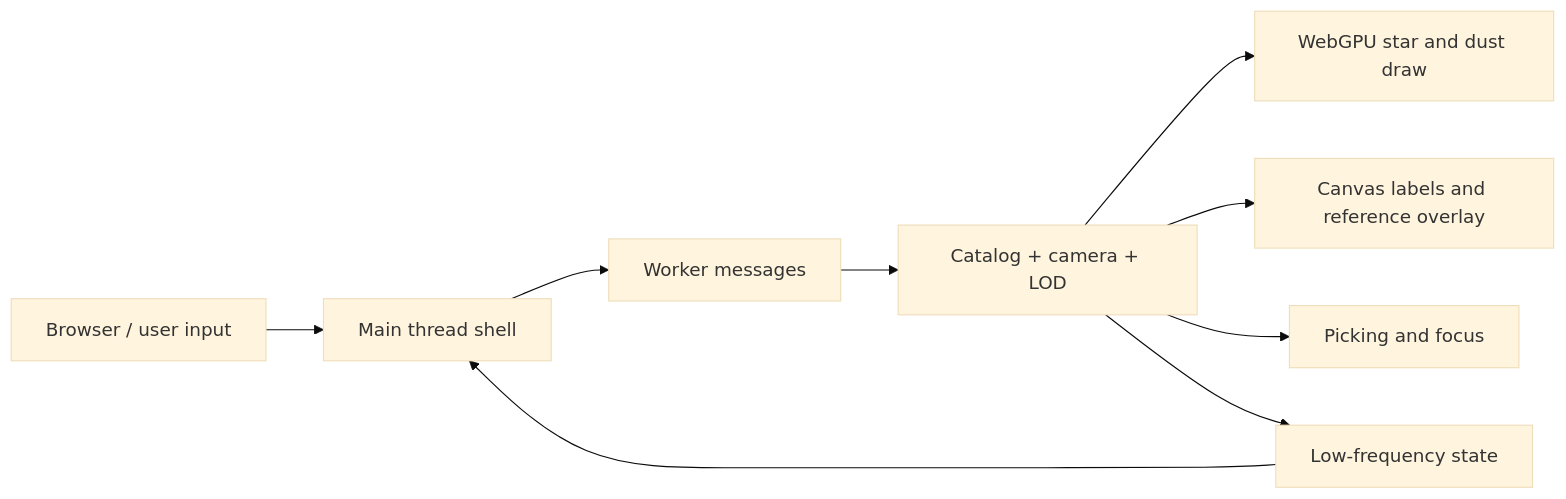
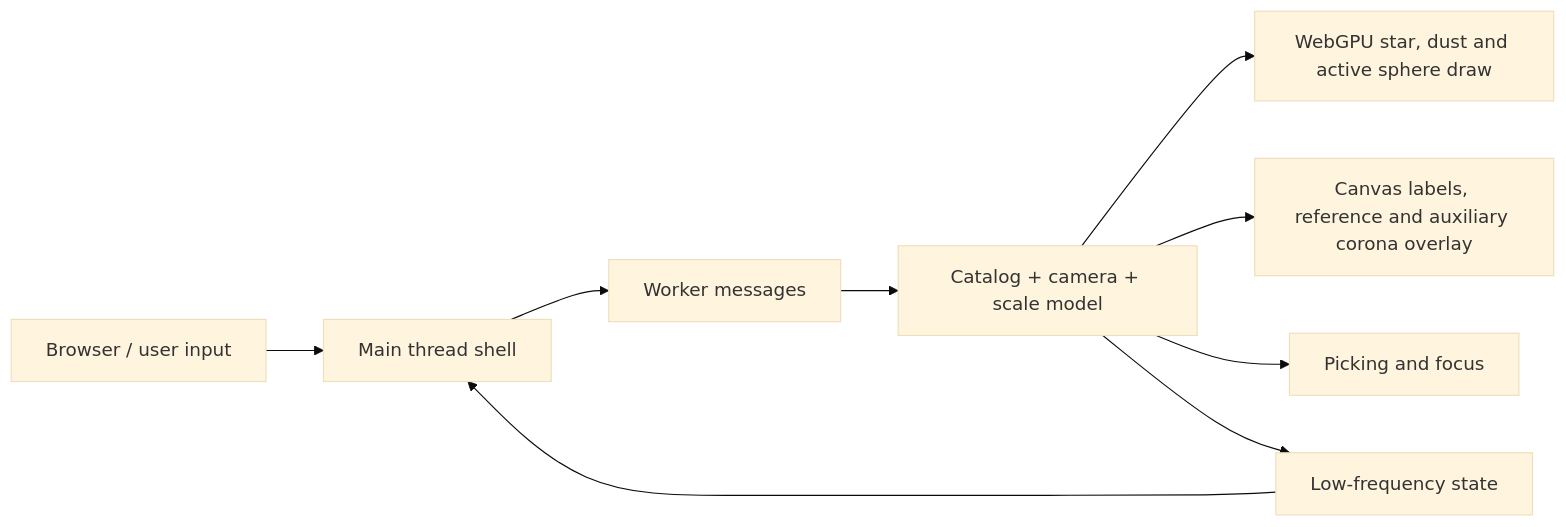
The diagram in design/README.md (huyusong10/universe), drawn with Mermaid (base theme) before and after one commit. The commit also changed other lines of this file and 6 other files, not shown here.

Commit message:
Refine scale axis and LOD layer transitions

````diff
--- a/design/README.md
+++ b/design/README.md
@@ -38,11 +42,11 @@
 ```mermaid
 flowchart LR
   A["Browser / user input"] --> B["Main thread shell"]
   B --> C["Worker messages"]
-  C --> D["Catalog + camera + LOD"]
-  D --> E["WebGPU star and dust draw"]
-  D --> F["Canvas labels and reference overlay"]
+  C --> D["Catalog + camera + scale model"]
+  D --> E["WebGPU star, dust and active sphere draw"]
+  D --> F["Canvas labels, reference and auxiliary corona overlay"]
   D --> G["Picking and focus"]
   D --> H["Low-frequency state"]
   H --> B
 ```
````
